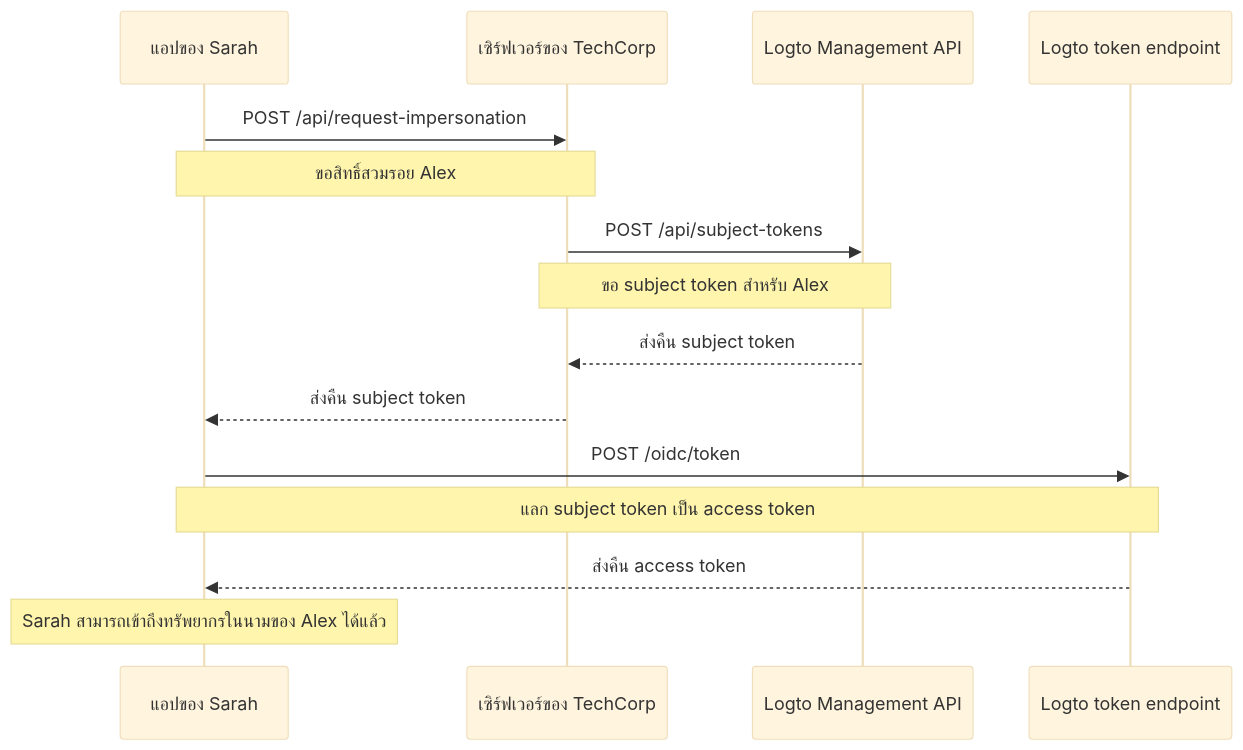
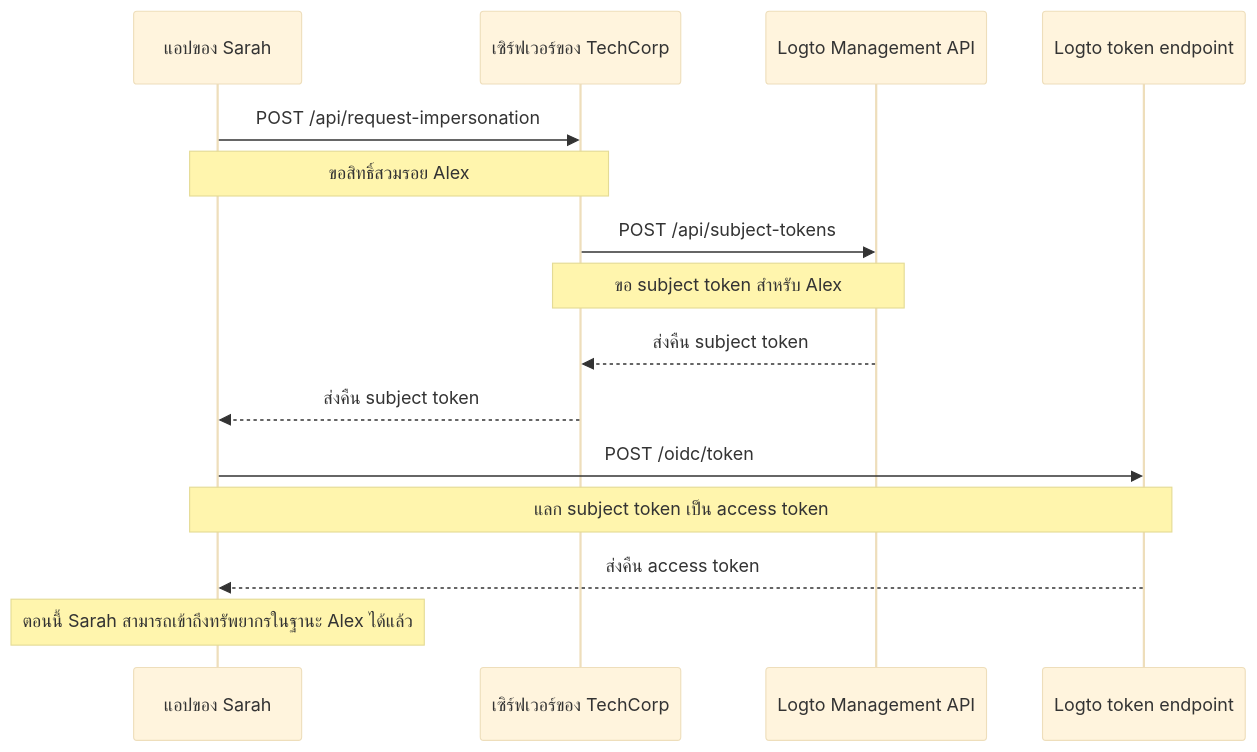
Before and after one commit to logto-io/docs: the diagram in i18n/th/docusaurus-plugin-content-docs/current/developers/user-impersonation.mdx, drawn with Mermaid (base theme). The commit also changed other lines of this file and 53 other files, not shown here.

````diff
--- a/i18n/th/docusaurus-plugin-content-docs/current/developers/user-impersonation.mdx
+++ b/i18n/th/docusaurus-plugin-content-docs/current/developers/user-impersonation.mdx
@@ -16,22 +18,22 @@
 ```mermaid
 sequenceDiagram
     participant Sarah as แอปของ Sarah
     participant TechCorp as เซิร์ฟเวอร์ของ TechCorp
     participant Logto as Logto Management API
     participant LogtoToken as Logto token endpoint
 
     Sarah->>TechCorp: POST /api/request-impersonation
     Note over Sarah,TechCorp: ขอสิทธิ์สวมรอย Alex
 
     TechCorp->>Logto: POST /api/subject-tokens
     Note over TechCorp,Logto: ขอ subject token สำหรับ Alex
 
     Logto-->>TechCorp: ส่งคืน subject token
     TechCorp-->>Sarah: ส่งคืน subject token
 
     Sarah->>LogtoToken: POST /oidc/token
     Note over Sarah,LogtoToken: แลก subject token เป็น access token
 
     LogtoToken-->>Sarah: ส่งคืน access token
-    Note over Sarah: Sarah สามารถเข้าถึงทรัพยากรในนามของ Alex ได้แล้ว
+    Note over Sarah: ตอนนี้ Sarah สามารถเข้าถึงทรัพยากรในฐานะ Alex ได้แล้ว
 ```
````
